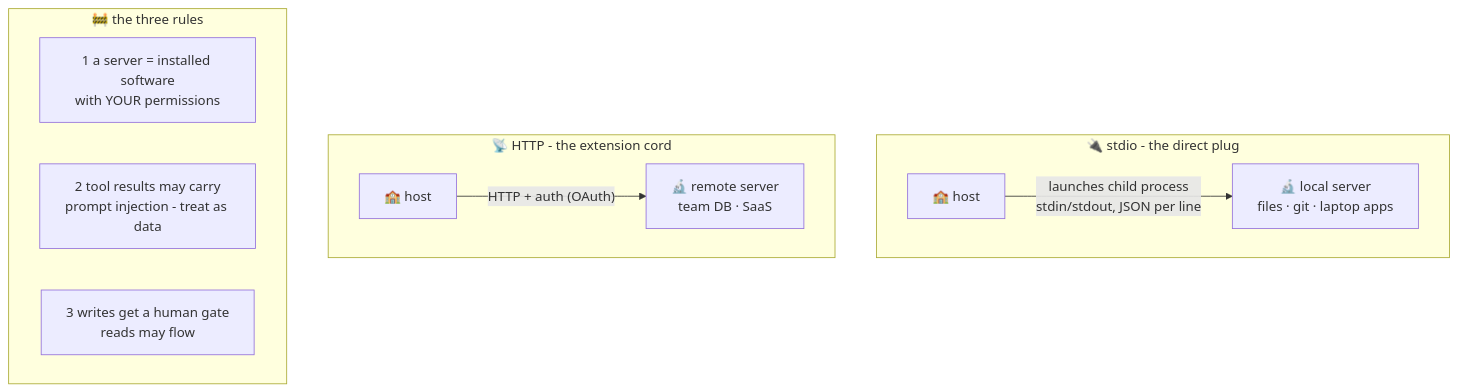
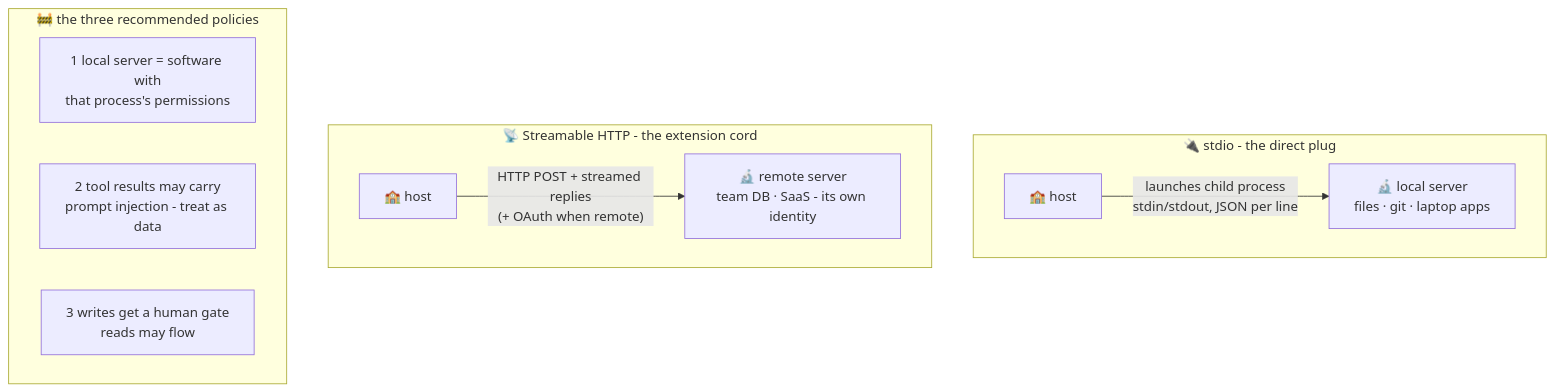
Before and after one commit to BaluRaut/learn-mcp-school: the diagram in lessons/05-transports-security/README.md, drawn with Mermaid. The commit also changed other lines of this file and 6 other files, not shown here.

Commit message:
Protocol revision 2026-07-28: badge on every request, server/discover, no handshake; Streamable HTTP; recommended policies; local vs remote server; Verify/proved/mistakes/production; read-these-lines; drive sequences

````diff
--- a/lessons/05-transports-security/README.md
+++ b/lessons/05-transports-security/README.md
@@ -48,14 +62,14 @@
 ```mermaid
 flowchart TB
     subgraph local["🔌 stdio - the direct plug"]
         h1["🏫 host"] -->|"launches child process<br/>stdin/stdout, JSON per line"| s1["🔬 local server<br/>files · git · laptop apps"]
     end
-    subgraph remote["📡 HTTP - the extension cord"]
-        h2["🏫 host"] -->|"HTTP + auth (OAuth)"| s2["🔬 remote server<br/>team DB · SaaS"]
+    subgraph remote["📡 Streamable HTTP - the extension cord"]
+        h2["🏫 host"] -->|"HTTP POST + streamed replies<br/>(+ OAuth when remote)"| s2["🔬 remote server<br/>team DB · SaaS - its own identity"]
     end
-    subgraph rules["🚧 the three rules"]
-        r1["1 a server = installed software<br/>with YOUR permissions"]
+    subgraph rules["🚧 the three recommended policies"]
+        r1["1 local server = software with<br/>that process's permissions"]
         r2["2 tool results may carry<br/>prompt injection - treat as data"]
         r3["3 writes get a human gate<br/>reads may flow"]
     end
 ```
````
